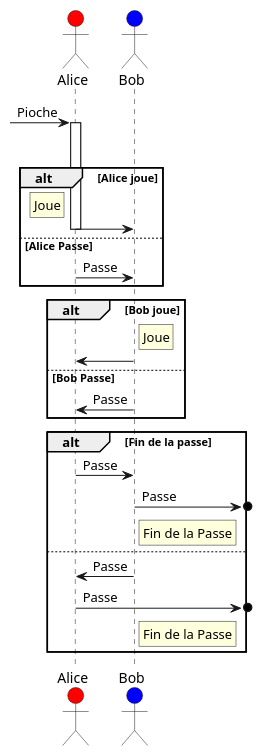
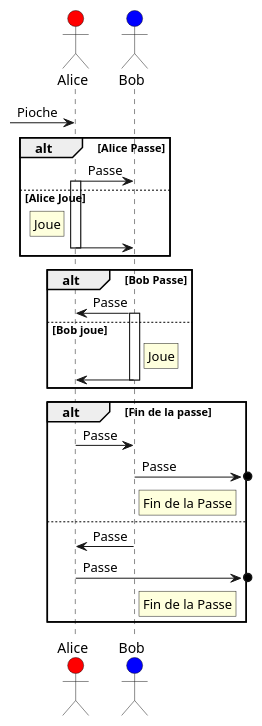
Before and after one commit to de-dale/wiki: the seventh of 7 diagrams in sphérier/référence/phases-de-jeu/combat.md, drawn with PlantUML. The commit also changed other lines of this file, not shown here.

Commit message:
docs: update sphérier/référence/phases-de-jeu/combat

````diff
--- a/sphérier/référence/phases-de-jeu/combat.md
+++ b/sphérier/référence/phases-de-jeu/combat.md
@@ -229,42 +229,34 @@
 ```plantuml
 actor Alice #red
 actor Bob #blue
 [-> Alice : Pioche
 
-activate Alice
+
 deactivate Bob
   
-alt Alice joue
-
+alt Alice Passe  
+	Alice -> Bob : Passe
+else Alice Joue
+	activate Alice
 	rnote left of Alice: Joue
 	Alice -> Bob --
-
-else Alice Passe
-
-	  Alice -> Bob : Passe
-
 end
 
-activate Bob
-alt Bob joue
-
-  deactivate Alice
+alt Bob Passe
+	Bob -> Alice : Passe
+else Bob joue
+  activate Bob
 	rnote right of Bob: Joue
 	Bob -> Alice --
-
-else Bob Passe
-
-	Bob -> Alice : Passe
-
 end
 
 alt Fin de la passe
 	Alice -> Bob -- : Passe
 	Bob ->o] : Passe
 	rnote right of Bob: Fin de la Passe
 else 
 	Bob -> Alice : Passe
 	Alice ->o] : Passe
 	rnote right of Bob: Fin de la Passe
 end
 ```
````
